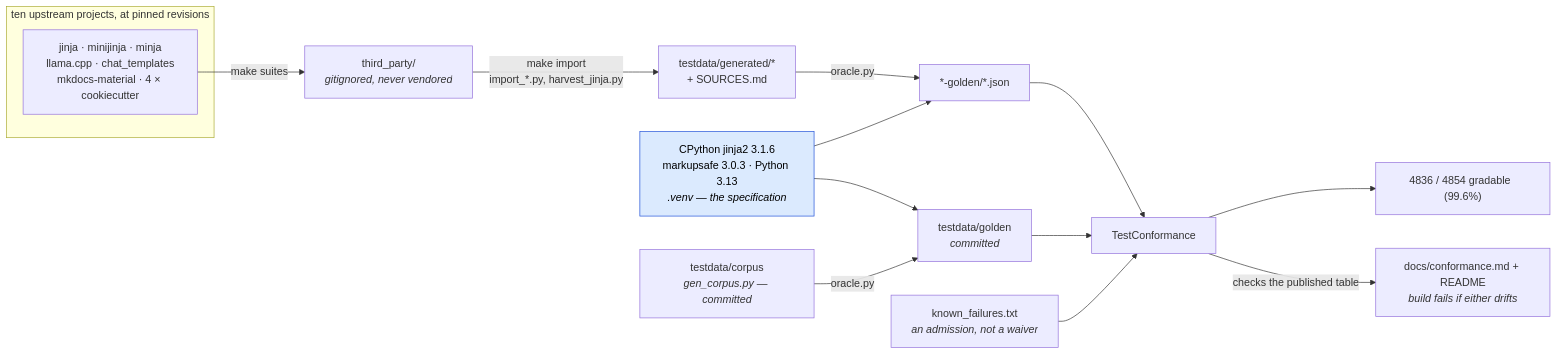
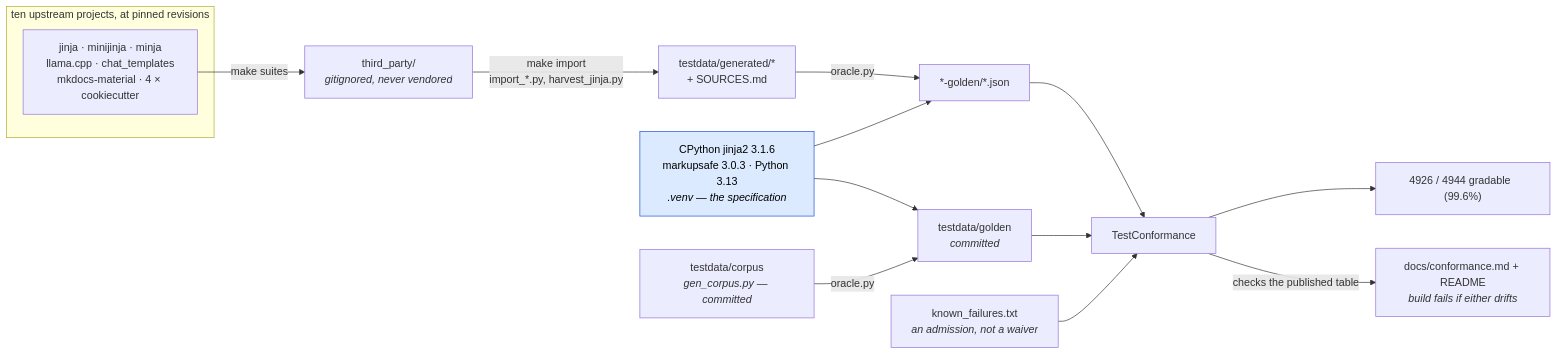
The first of 2 diagrams in docs/conformance.md (mgilbir/gojja2), drawn with Mermaid before and after one commit. The commit also changed other lines of this file and 289 other files, not shown here.

````diff
--- a/docs/conformance.md
+++ b/docs/conformance.md
@@ -17,24 +17,24 @@
 ```mermaid
 flowchart LR
     subgraph up["ten upstream projects, at pinned revisions"]
         U1["jinja · minijinja · minja<br/>llama.cpp · chat_templates<br/>mkdocs-material · 4 × cookiecutter"]
     end
     U1 -->|"make suites"| TP["third_party/<br/><i>gitignored, never vendored</i>"]
     TP -->|"make import<br/>import_*.py, harvest_jinja.py"| GEN["testdata/generated/*<br/>+ SOURCES.md"]
 
     ORA["CPython jinja2 3.1.6<br/>markupsafe 3.0.3 · Python 3.13<br/><i>.venv — the specification</i>"]
     GEN -->|"oracle.py"| G2["*-golden/*.json"]
     ORA --> G2
 
     OWN["testdata/corpus<br/><i>gen_corpus.py — committed</i>"] -->|"oracle.py"| G1["testdata/golden<br/><i>committed</i>"]
     ORA --> G1
 
     G1 --> TC["TestConformance"]
     G2 --> TC
     KF["known_failures.txt<br/><i>an admission, not a waiver</i>"] --> TC
-    TC --> RATE["4836 / 4854 gradable  (99.6%)"]
+    TC --> RATE["4926 / 4944 gradable  (99.6%)"]
     TC -->|"checks the published table"| RM["docs/conformance.md + README<br/><i>build fails if either drifts</i>"]
 
     classDef spec fill:#dbeafe,stroke:#1d4ed8,color:#000
     class ORA spec
 ```
````
